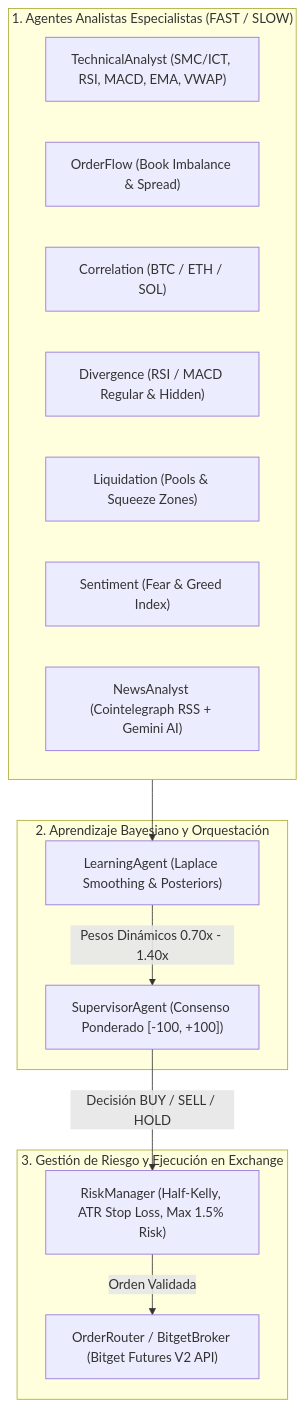
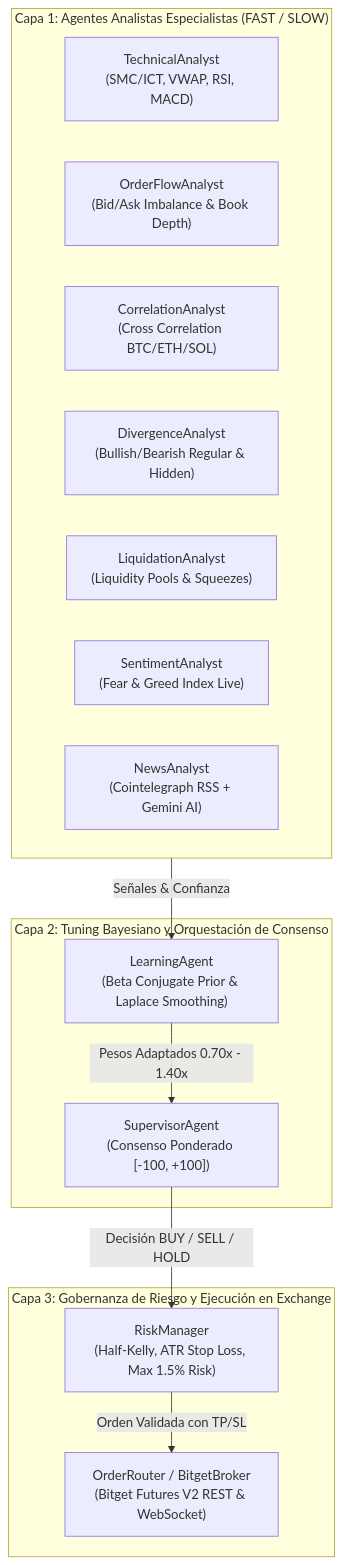
One commit to jsoto-06/Atlas-AI-Trading changed the diagram in README.md. Above: the diagram before and after it, drawn with Mermaid. The commit also changed other lines of this file, not shown here.

````diff
--- a/README.md
+++ b/README.md
@@ -30,27 +54,27 @@
 ```mermaid
 flowchart TD
-    subgraph Capa1["1. Agentes Analistas Especialistas (FAST / SLOW)"]
-        TA["TechnicalAnalyst (SMC/ICT, RSI, MACD, EMA, VWAP)"]
-        OF["OrderFlow (Book Imbalance & Spread)"]
-        CO["Correlation (BTC / ETH / SOL)"]
-        DV["Divergence (RSI / MACD Regular & Hidden)"]
-        LQ["Liquidation (Pools & Squeeze Zones)"]
-        ST["Sentiment (Fear & Greed Index)"]
-        NW["NewsAnalyst (Cointelegraph RSS + Gemini AI)"]
+    subgraph Capa1["Capa 1: Agentes Analistas Especialistas (FAST / SLOW)"]
+        TA["TechnicalAnalyst\n(SMC/ICT, VWAP, RSI, MACD)"]
+        OF["OrderFlowAnalyst\n(Bid/Ask Imbalance & Book Depth)"]
+        CO["CorrelationAnalyst\n(Cross Correlation BTC/ETH/SOL)"]
+        DV["DivergenceAnalyst\n(Bullish/Bearish Regular & Hidden)"]
+        LQ["LiquidationAnalyst\n(Liquidity Pools & Squeezes)"]
+        ST["SentimentAnalyst\n(Fear & Greed Index Live)"]
+        NW["NewsAnalyst\n(Cointelegraph RSS + Gemini AI)"]
     end
 
-    subgraph Capa2["2. Aprendizaje Bayesiano y Orquestación"]
-        LA["LearningAgent (Laplace Smoothing & Posteriors)"]
-        SA["SupervisorAgent (Consenso Ponderado [-100, +100])"]
+    subgraph Capa2["Capa 2: Tuning Bayesiano y Orquestación de Consenso"]
+        LA["LearningAgent\n(Beta Conjugate Prior & Laplace Smoothing)"]
+        SA["SupervisorAgent\n(Consenso Ponderado [-100, +100])"]
     end
 
-    subgraph Capa3["3. Gestión de Riesgo y Ejecución en Exchange"]
-        RM["RiskManager (Half-Kelly, ATR Stop Loss, Max 1.5% Risk)"]
-        EX["OrderRouter / BitgetBroker (Bitget Futures V2 API)"]
+    subgraph Capa3["Capa 3: Gobernanza de Riesgo y Ejecución en Exchange"]
+        RM["RiskManager\n(Half-Kelly, ATR Stop Loss, Max 1.5% Risk)"]
+        EX["OrderRouter / BitgetBroker\n(Bitget Futures V2 REST & WebSocket)"]
     end
 
-    Capa1 --> LA
-    LA -->|Pesos Dinámicos 0.70x - 1.40x| SA
+    Capa1 -->|Señales & Confianza| LA
+    LA -->|Pesos Adaptados 0.70x - 1.40x| SA
     SA -->|Decisión BUY / SELL / HOLD| RM
-    RM -->|Orden Validada| EX
+    RM -->|Orden Validada con TP/SL| EX
 ```
````
